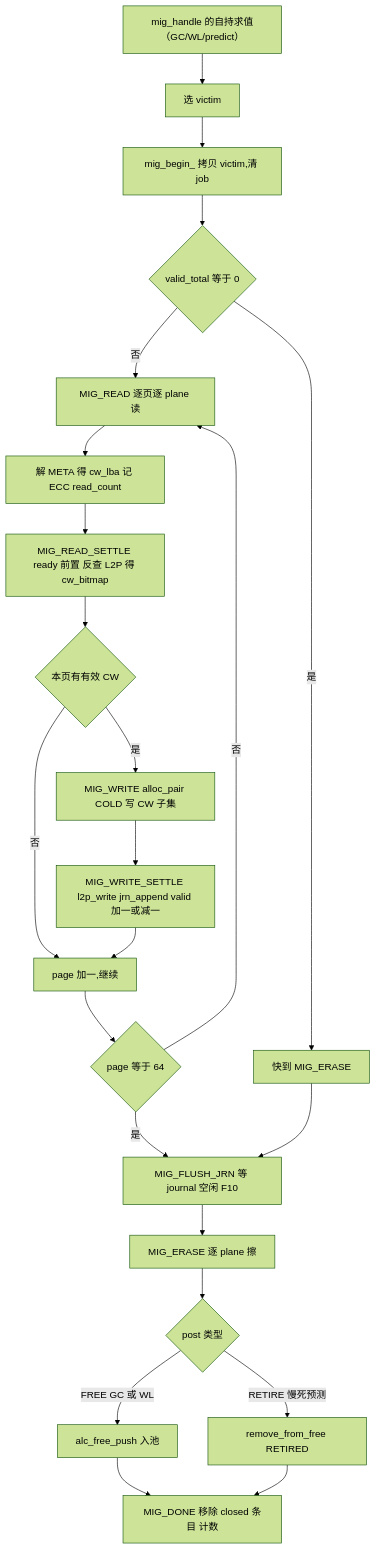
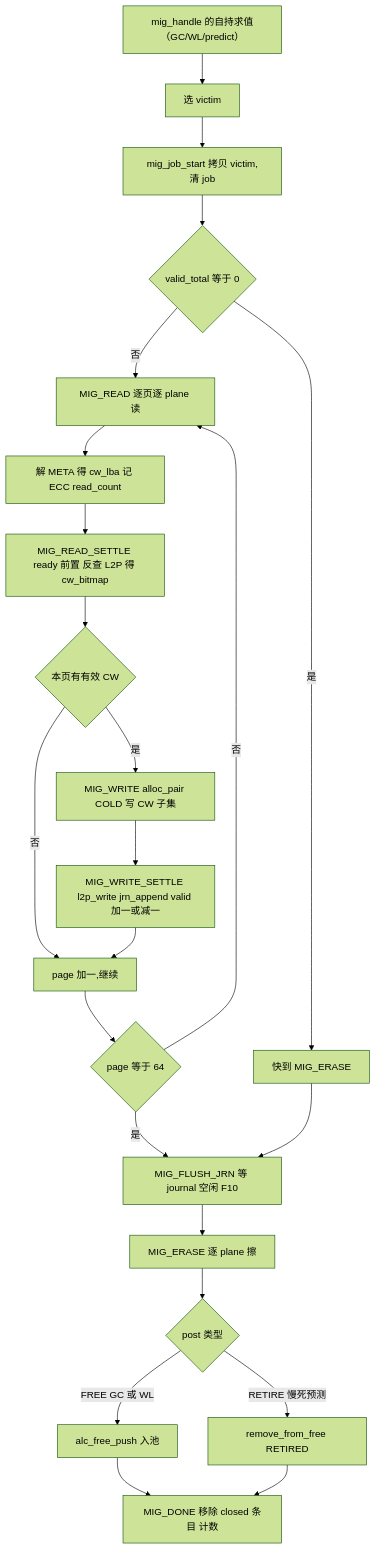
Diagram 30 of 32 in docs/design/ftl_design.md (YzYMIAO/BASESSD), drawn with Mermaid (forest theme) before and after one commit. The commit also changed other lines of this file and 11 other files, not shown here.

````diff
--- a/docs/design/ftl_design.md
+++ b/docs/design/ftl_design.md
@@ -4084,25 +4084,25 @@
 ```mermaid
 flowchart TD
     A["mig_handle 的自持求值（GC/WL/predict）"] --> B["选 victim"]
-    B --> C["mig_begin_ 拷贝 victim,清 job"]
+    B --> C["mig_job_start 拷贝 victim,清 job"]
     C --> D{"valid_total 等于 0"}
     D -- "是" --> E["快到 MIG_ERASE"]
     D -- "否" --> F["MIG_READ 逐页逐 plane 读"]
     F --> G["解 META 得 cw_lba 记 ECC read_count"]
     G --> H["MIG_READ_SETTLE ready 前置 反查 L2P 得 cw_bitmap"]
     H --> I{"本页有有效 CW"}
     I -- "否" --> J["page 加一,继续"]
     I -- "是" --> K["MIG_WRITE alloc_pair COLD 写 CW 子集"]
     K --> L["MIG_WRITE_SETTLE l2p_write jrn_append valid 加一或减一"]
     L --> J
     J --> M{"page 等于 64"}
     M -- "否" --> F
     M -- "是" --> N["MIG_FLUSH_JRN 等 journal 空闲 F10"]
     N --> O["MIG_ERASE 逐 plane 擦"]
     O --> P{"post 类型"}
     P -- "FREE GC 或 WL" --> Q["alc_free_push 入池"]
     P -- "RETIRE 慢死预测" --> R["remove_from_free RETIRED"]
     Q --> S["MIG_DONE 移除 closed 条目 计数"]
     R --> S
     E --> N
 ```
````
